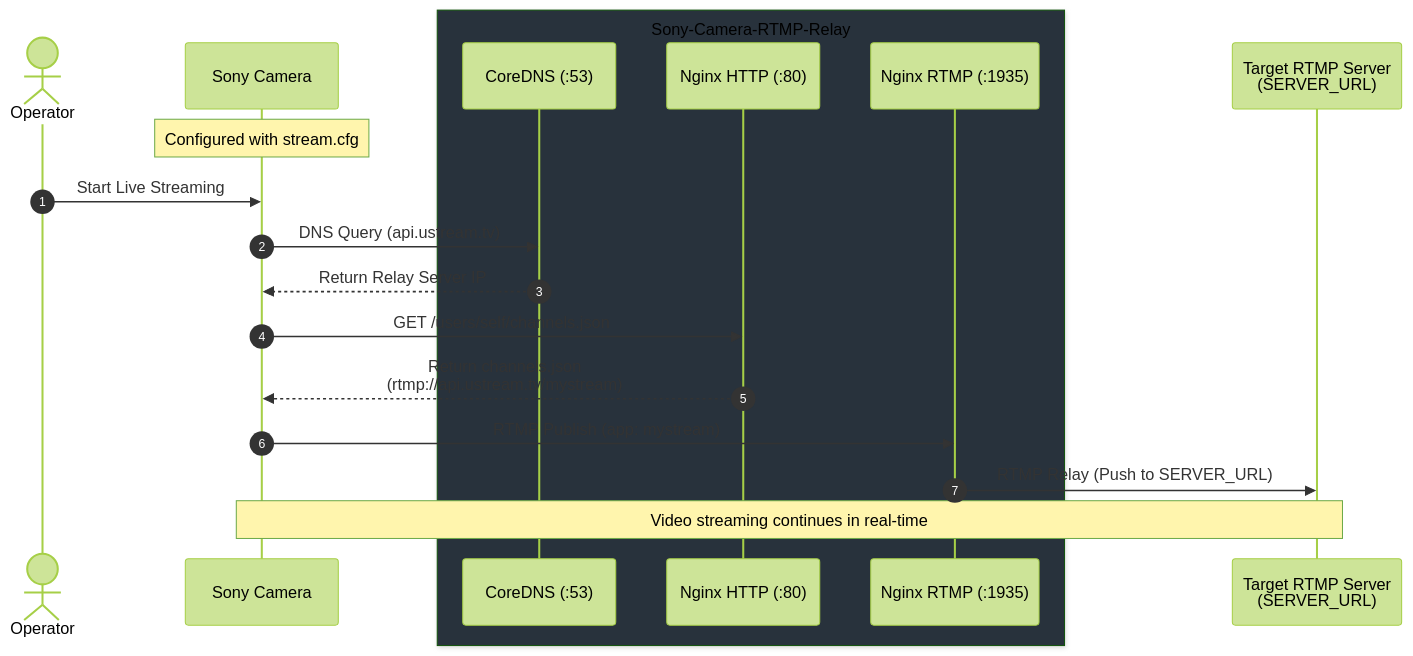
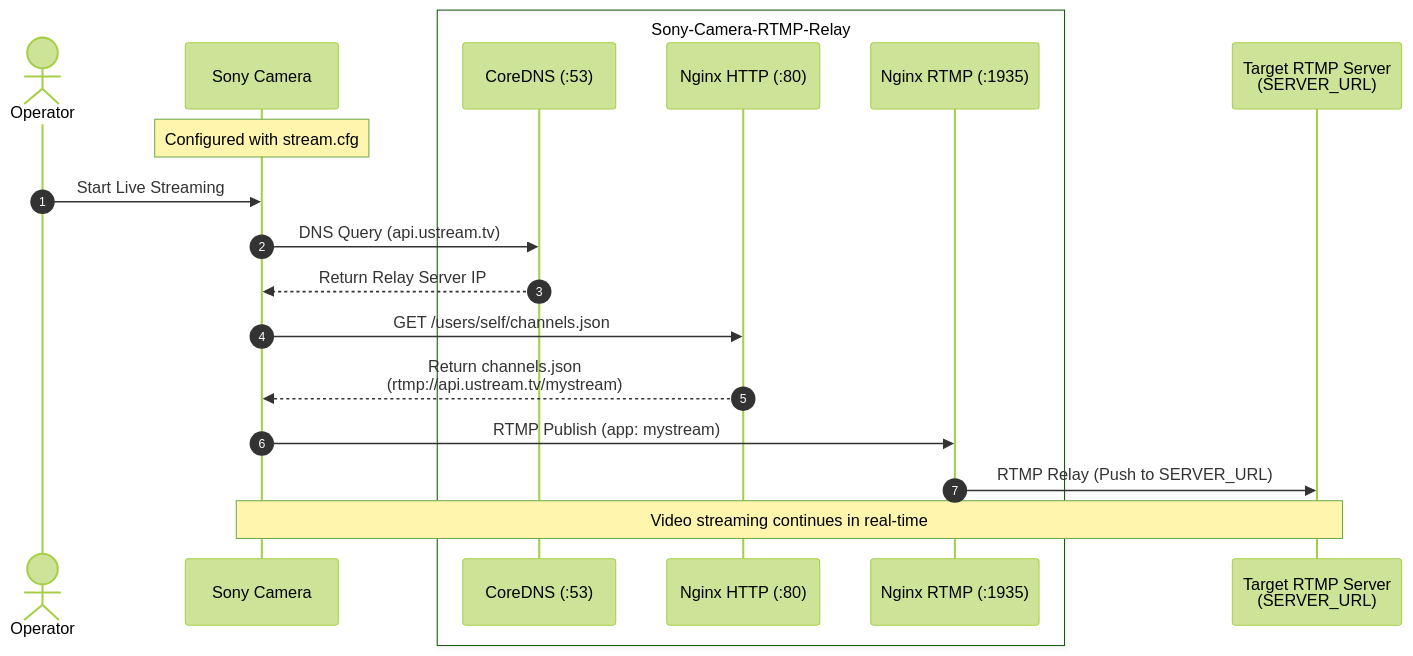
One commit to TechnoTUT/sony-camera-rtmp-relay changed the diagram in .github/README.md. Above: the diagram before and after it, drawn with Mermaid (forest theme).

Commit message:
Docs/fix architecture diagram (#3)
* Add architecture sequence diagram to README

* Adjust box color in architecture sequence diagram

* Remove hardcoded box color to let GitHub theme handle background automatically

````diff
--- a/.github/README.md
+++ b/.github/README.md
@@ -7,22 +7,22 @@
 ```mermaid
 sequenceDiagram
     autonumber
     actor User as Operator
     participant Cam as Sony Camera
-    box rgb(40, 50, 60) Sony-Camera-RTMP-Relay
+    box Sony-Camera-RTMP-Relay
         participant DNS as CoreDNS (:53)
         participant HTTP as Nginx HTTP (:80)
         participant RTMP as Nginx RTMP (:1935)
     end
     participant Dest as Target RTMP Server<br/>(SERVER_URL)
 
     Note over Cam: Configured with stream.cfg
     User->>Cam: Start Live Streaming
     Cam->>DNS: DNS Query (api.ustream.tv)
     DNS-->>Cam: Return Relay Server IP
     Cam->>HTTP: GET /users/self/channels.json
     HTTP-->>Cam: Return channels.json<br/>(rtmp://api.ustream.tv/mystream)
     Cam->>RTMP: RTMP Publish (app: mystream)
     RTMP->>Dest: RTMP Relay (Push to SERVER_URL)
     Note over Cam,Dest: Video streaming continues in real-time
 ```
````
